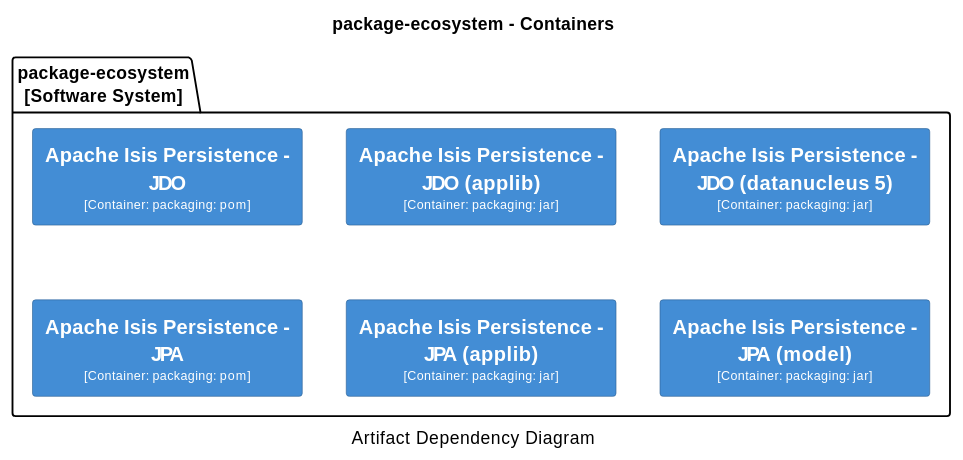
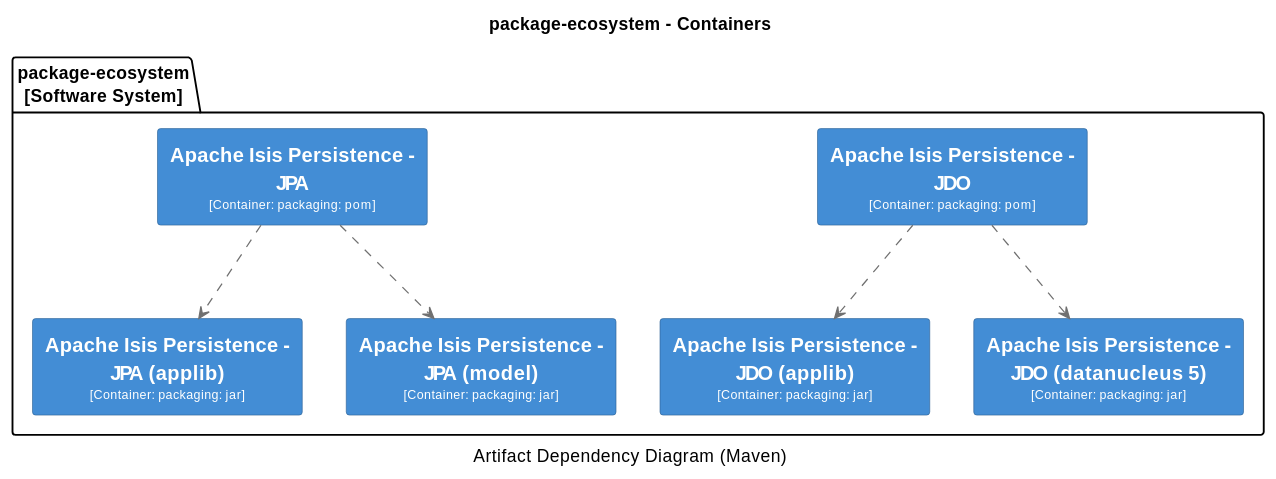
One commit to apache/causeway changed the seventh of 18 diagrams in antora/components/system/modules/ROOT/pages/about.adoc. Above: the diagram before and after it, drawn with PlantUML. The commit also changed other lines of this file and 2 other files, not shown here.

Commit message:
ISIS-2437: add relations to c4 diagrams (System Overview)

```diff
--- a/antora/components/system/modules/ROOT/pages/about.adoc
+++ b/antora/components/system/modules/ROOT/pages/about.adoc
@@ -882,54 +904,58 @@
 [plantuml,Persistence,svg]
 ----
 @startuml(id=Persistence)
 title package-ecosystem - Containers
-caption Artifact Dependency Diagram
+caption Artifact Dependency Diagram (Maven)
 
 skinparam {
   shadowing false
   arrowFontSize 10
   defaultTextAlignment center
   wrapWidth 200
   maxMessageSize 100
 }
 hide stereotype
 skinparam rectangle<<2>> {
   BackgroundColor #438dd5
   FontColor #fffffe
   BorderColor #2E6295
 }
 skinparam rectangle<<3>> {
   BackgroundColor #438dd5
   FontColor #fffffe
   BorderColor #2E6295
 }
 skinparam rectangle<<4>> {
   BackgroundColor #438dd5
   FontColor #fffffe
   BorderColor #2E6295
 }
 skinparam rectangle<<5>> {
   BackgroundColor #438dd5
   FontColor #fffffe
   BorderColor #2E6295
 }
 skinparam rectangle<<6>> {
   BackgroundColor #438dd5
   FontColor #fffffe
   BorderColor #2E6295
 }
 skinparam rectangle<<7>> {
   BackgroundColor #438dd5
   FontColor #fffffe
   BorderColor #2E6295
 }
 package "package-ecosystem\n[Software System]" {
   rectangle "==Apache Isis Persistence - JDO\n<size:10>[Container: packaging: pom]</size>" <<2>> as 2
   rectangle "==Apache Isis Persistence - JDO (applib)\n<size:10>[Container: packaging: jar]</size>" <<3>> as 3
   rectangle "==Apache Isis Persistence - JDO (datanucleus 5)\n<size:10>[Container: packaging: jar]</size>" <<4>> as 4
   rectangle "==Apache Isis Persistence - JPA\n<size:10>[Container: packaging: pom]</size>" <<5>> as 5
   rectangle "==Apache Isis Persistence - JPA (applib)\n<size:10>[Container: packaging: jar]</size>" <<6>> as 6
   rectangle "==Apache Isis Persistence - JPA (model)\n<size:10>[Container: packaging: jar]</size>" <<7>> as 7
 }
+2 .[#707070].> 3 : ""
+2 .[#707070].> 4 : ""
+5 .[#707070].> 6 : ""
+5 .[#707070].> 7 : ""
 @enduml
 ----
```
